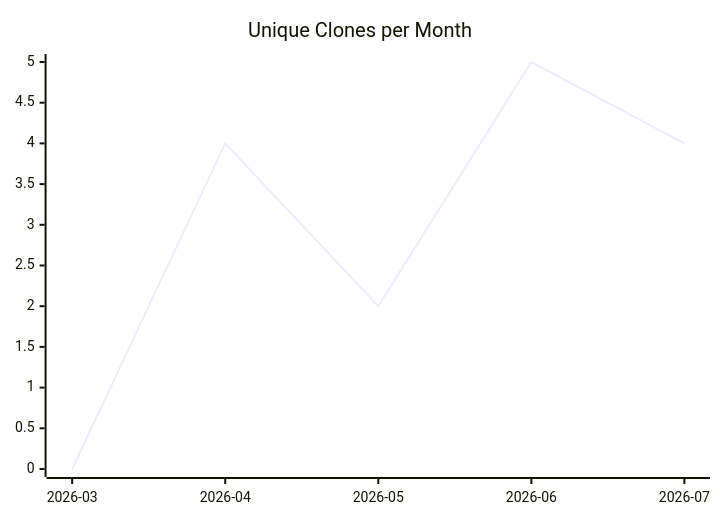
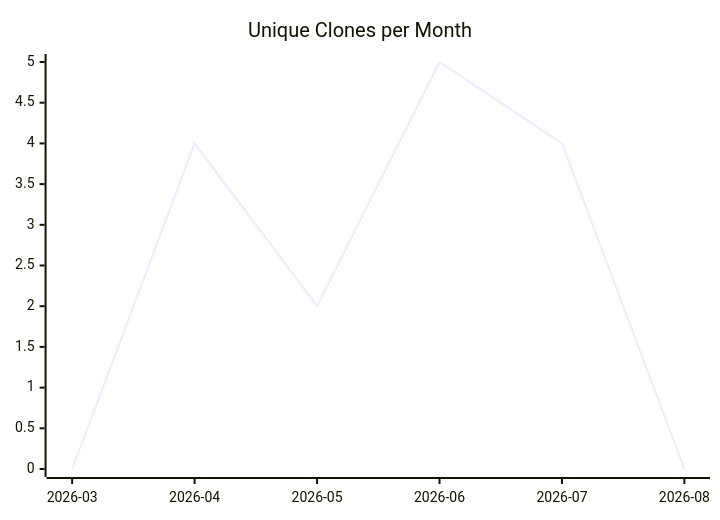
Before and after one commit to justdavis-family/github-analytics-data: the third of 3 diagrams in karlmdavis/todoist-ai/README.md, drawn with Mermaid. The commit also changed other lines of this file and 180 other files, not shown here.

````diff
--- a/karlmdavis/todoist-ai/README.md
+++ b/karlmdavis/todoist-ai/README.md
@@ -19,6 +19,6 @@
 ```mermaid
 xychart-beta
   title "Unique Clones per Month"
-  x-axis ["2026-03", "2026-04", "2026-05", "2026-06", "2026-07"]
-  line [0, 4, 2, 5, 4]
+  x-axis ["2026-03", "2026-04", "2026-05", "2026-06", "2026-07", "2026-08"]
+  line [0, 4, 2, 5, 4, 0]
 ```
````
